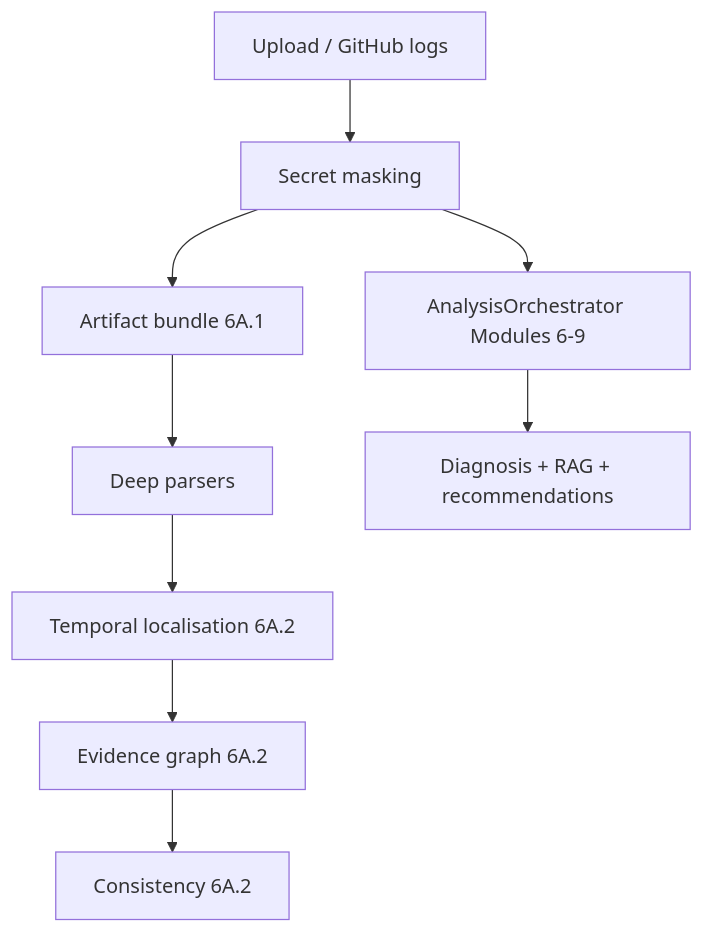
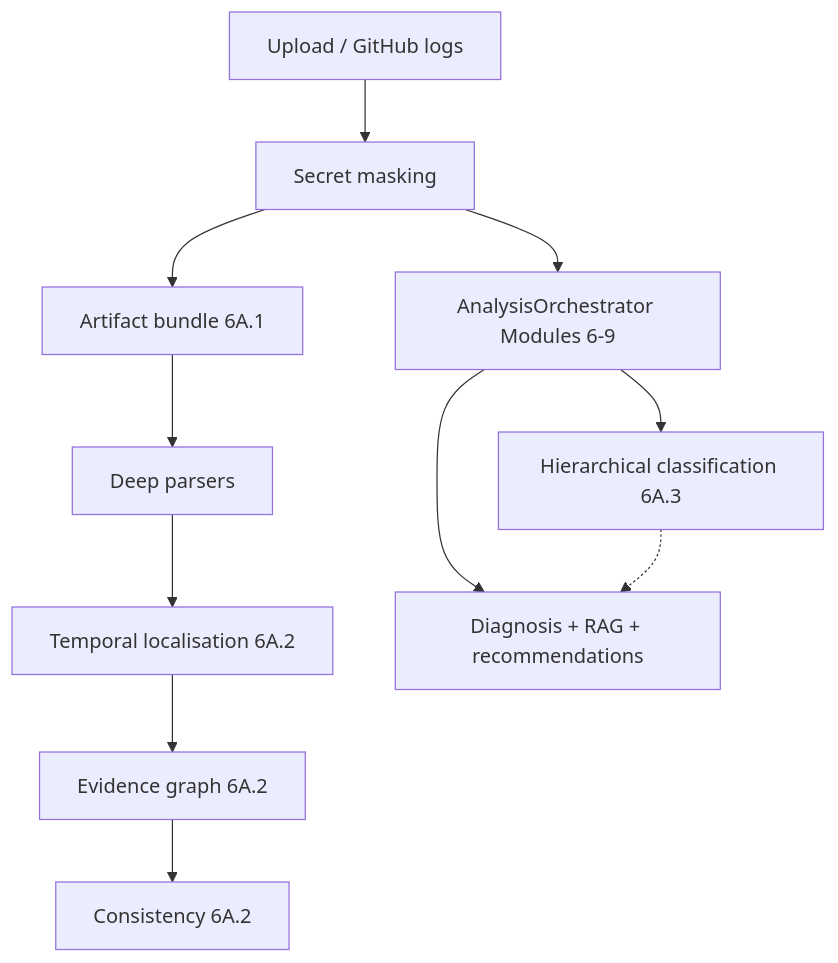
Before and after one commit to chanukaabeysinghe1031/devguard_ai: the diagram in docs/PHASE6A_CAUSAL_AI_PIPELINE.md, drawn with Mermaid. The commit also changed other lines of this file and 6 other files, not shown here.

First line of the commit message:
docs: close Phase 6A.3 hierarchical classification documentation

````diff
--- a/docs/PHASE6A_CAUSAL_AI_PIPELINE.md
+++ b/docs/PHASE6A_CAUSAL_AI_PIPELINE.md
@@ -16,11 +17,13 @@
 ```mermaid
 flowchart TB
   U[Upload / GitHub logs] --> M[Secret masking]
   M --> O[AnalysisOrchestrator Modules 6-9]
   M --> B[Artifact bundle 6A.1]
   B --> P[Deep parsers]
   P --> T[Temporal localisation 6A.2]
   T --> G[Evidence graph 6A.2]
   G --> C[Consistency 6A.2]
+  O --> H[Hierarchical classification 6A.3]
   O --> D[Diagnosis + RAG + recommendations]
+  H -.-> D
 ```
````
